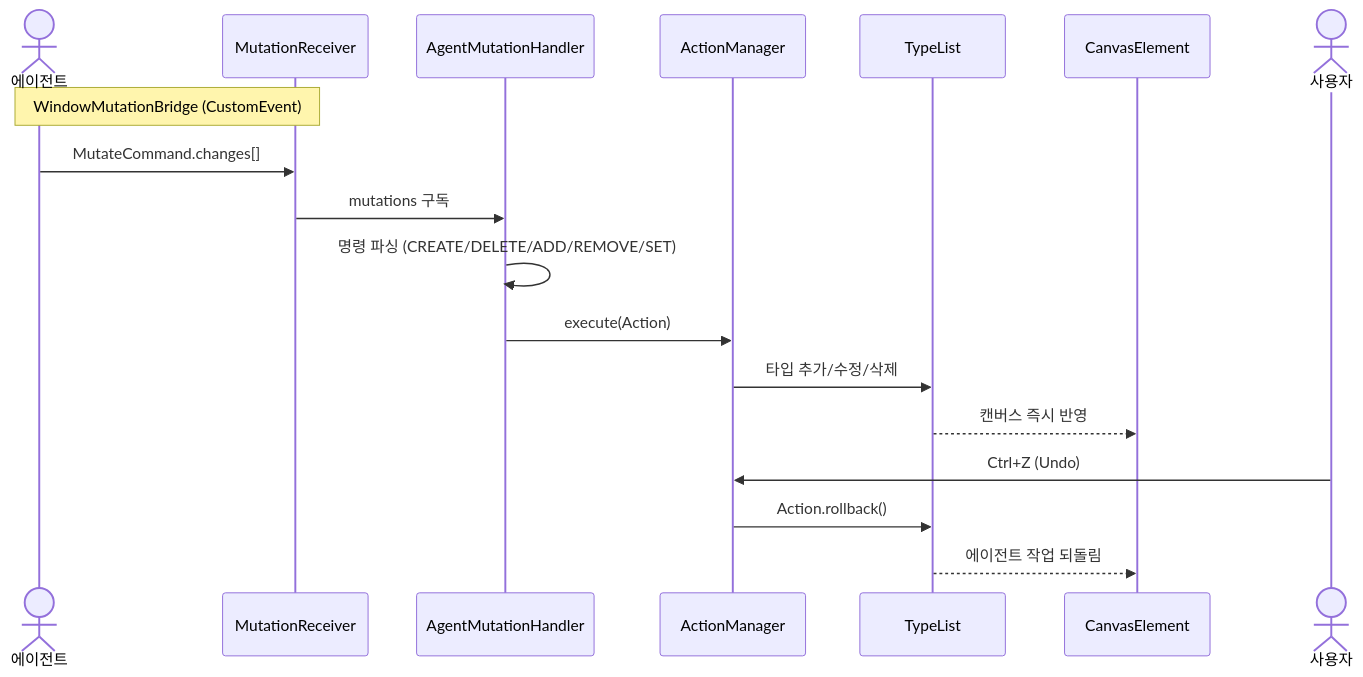
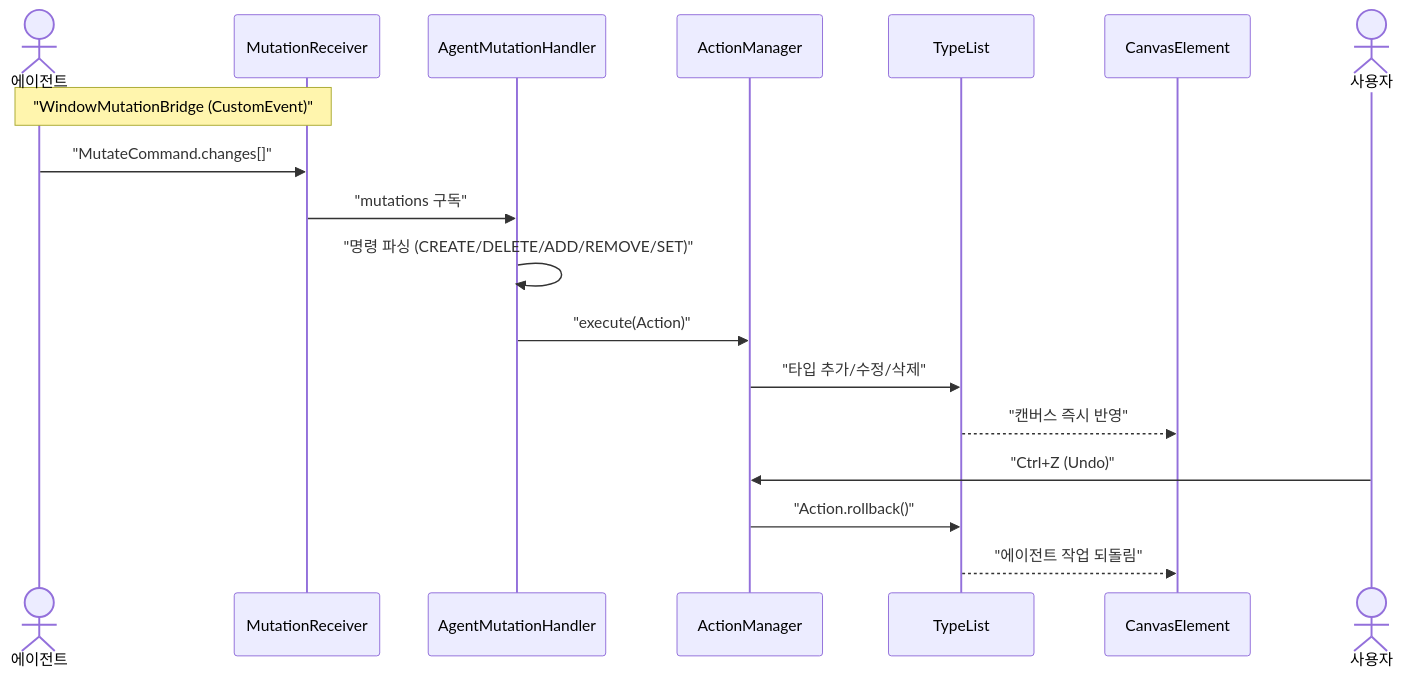
One commit to sayaya1090/handbook changed the second of 13 diagrams in type-ui/USECASE.md. Above: the diagram before and after it, drawn with Mermaid. The commit also changed other lines of this file and 22 other files, not shown here.

First line of the commit message:
docs: Mermaid 다이어그램 렌더링 오류 수정을 위한 구문 전수 교정

````diff
--- a/type-ui/USECASE.md
+++ b/type-ui/USECASE.md
@@ -38,22 +38,22 @@
 ```mermaid
 sequenceDiagram
     actor Agent as 에이전트
     participant MR as MutationReceiver
     participant AMH as AgentMutationHandler
     participant AM as ActionManager
     participant TL as TypeList
     participant Canvas as CanvasElement
 
-    Note over Agent,MR: WindowMutationBridge (CustomEvent)
-    Agent->>MR: MutateCommand.changes[]
-    MR->>AMH: mutations 구독
-    AMH->>AMH: 명령 파싱 (CREATE/DELETE/ADD/REMOVE/SET)
-    AMH->>AM: execute(Action)
-    AM->>TL: 타입 추가/수정/삭제
-    TL-->>Canvas: 캔버스 즉시 반영
+    Note over Agent,MR: "WindowMutationBridge (CustomEvent)"
+    Agent->>MR: "MutateCommand.changes[]"
+    MR->>AMH: "mutations 구독"
+    AMH->>AMH: "명령 파싱 (CREATE/DELETE/ADD/REMOVE/SET)"
+    AMH->>AM: "execute(Action)"
+    AM->>TL: "타입 추가/수정/삭제"
+    TL-->>Canvas: "캔버스 즉시 반영"
 
     actor User as 사용자
-    User->>AM: Ctrl+Z (Undo)
-    AM->>TL: Action.rollback()
-    TL-->>Canvas: 에이전트 작업 되돌림
+    User->>AM: "Ctrl+Z (Undo)"
+    AM->>TL: "Action.rollback()"
+    TL-->>Canvas: "에이전트 작업 되돌림"
 ```
````
